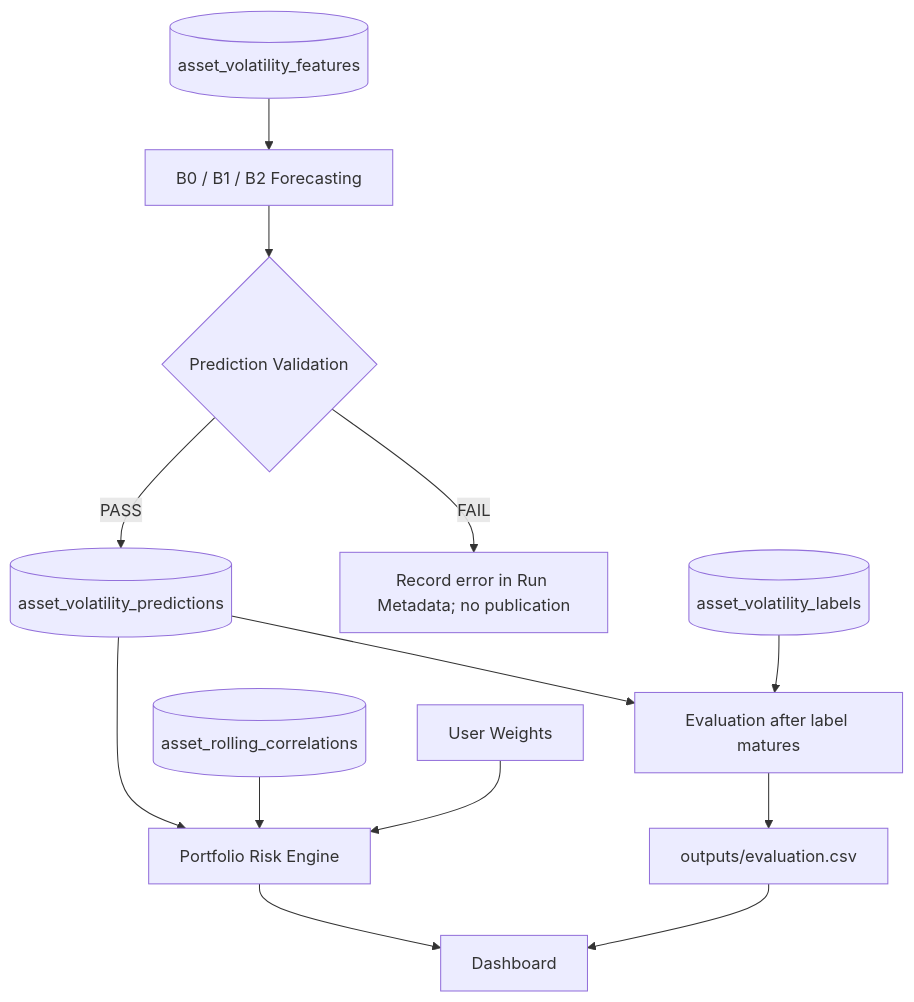
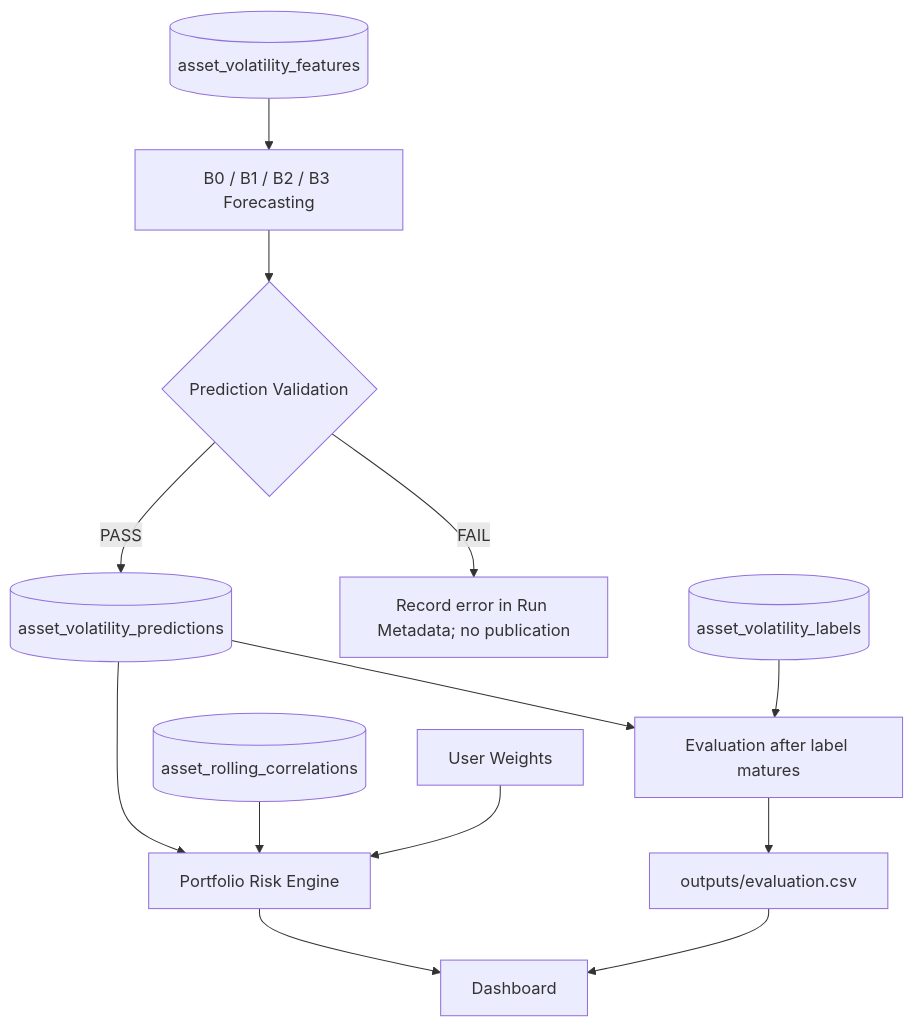
The diagram in docs/contract/prediction_contract.md (01aptx01/datasci-and-dataen-project), drawn with Mermaid before and after one commit. The commit also changed other lines of this file and 12 other files, not shown here.

````diff
--- a/docs/contract/prediction_contract.md
+++ b/docs/contract/prediction_contract.md
@@ -23,15 +23,15 @@
 ```mermaid
 flowchart TD
-    F[(asset_volatility_features)] --> M["B0 / B1 / B2 Forecasting"]
+    F[(asset_volatility_features)] --> M["B0 / B1 / B2 / B3 Forecasting"]
     M --> V{"Prediction Validation"}
     V -- "PASS" --> P[(asset_volatility_predictions)]
     V -- "FAIL" --> X["Record error in Run Metadata; no publication"]
     P --> R["Portfolio Risk Engine"]
     C[(asset_rolling_correlations)] --> R
     W["User Weights"] --> R
     R --> D["Dashboard"]
     P --> E["Evaluation after label matures"]
     L[(asset_volatility_labels)] --> E
     E --> O["outputs/evaluation.csv"]
     O --> D
 ```
````
